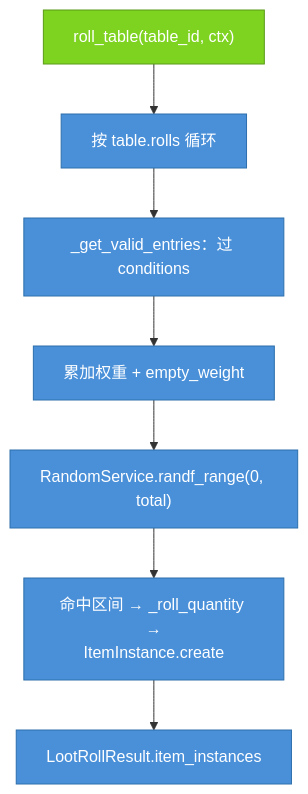
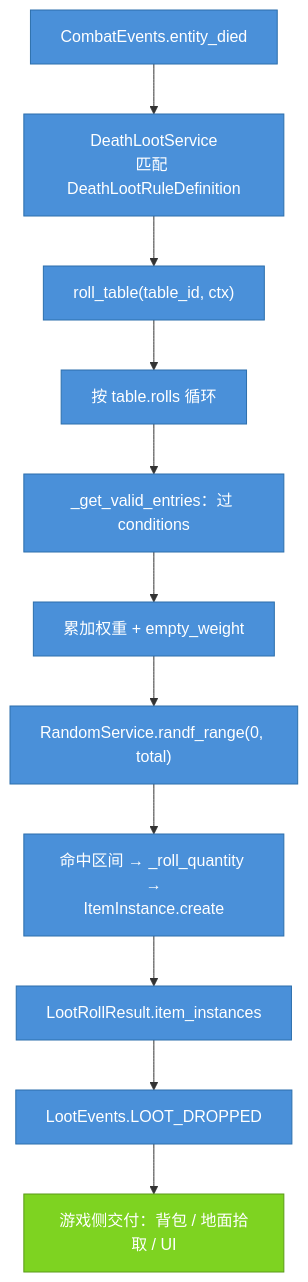
Diagram 14 of 20 in docs/pipeline.md (xiaofeiqiu/mkit), drawn with Mermaid before and after one commit. The commit also changed other lines of this file and 30 other files, not shown here.

````diff
--- a/docs/pipeline.md
+++ b/docs/pipeline.md
@@ -845,13 +845,17 @@
 ```mermaid
 flowchart TB
-    A["roll_table(table_id, ctx)"]:::userOwned -->
+    Z["CombatEvents.entity_died"]:::mkitCore -->
+    Y["DeathLootService<br/>匹配 DeathLootRuleDefinition"]:::mkitCore -->
+    A["roll_table(table_id, ctx)"]:::mkitCore -->
     B["按 table.rolls 循环"]:::mkitCore -->
     C["_get_valid_entries：过 conditions"]:::mkitCore -->
     D["累加权重 + empty_weight"]:::mkitCore -->
     E["RandomService.randf_range(0, total)"]:::mkitCore -->
     F["命中区间 → _roll_quantity →<br/>ItemInstance.create"]:::mkitCore -->
-    G["LootRollResult.item_instances"]:::mkitCore
+    G["LootRollResult.item_instances"]:::mkitCore -->
+    H["LootEvents.LOOT_DROPPED"]:::mkitCore -->
+    I["游戏侧交付：背包 / 地面拾取 / UI"]:::userOwned
 
     classDef mkitCore  fill:#4A90D9,color:#fff,stroke:#2C6FAC
     classDef userOwned fill:#7ED321,color:#fff,stroke:#5A9A18
 ```
````
